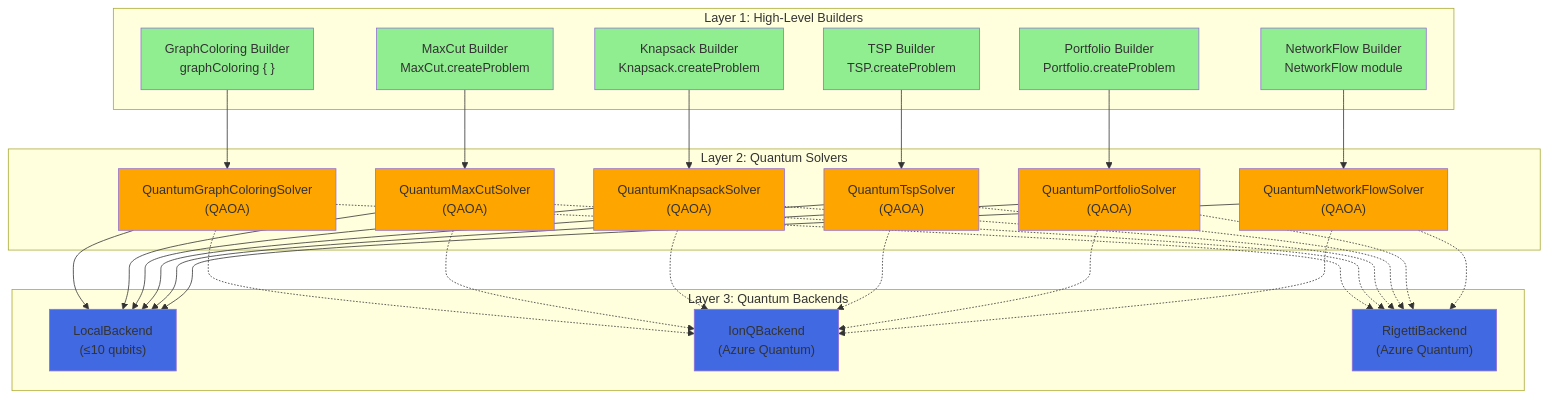
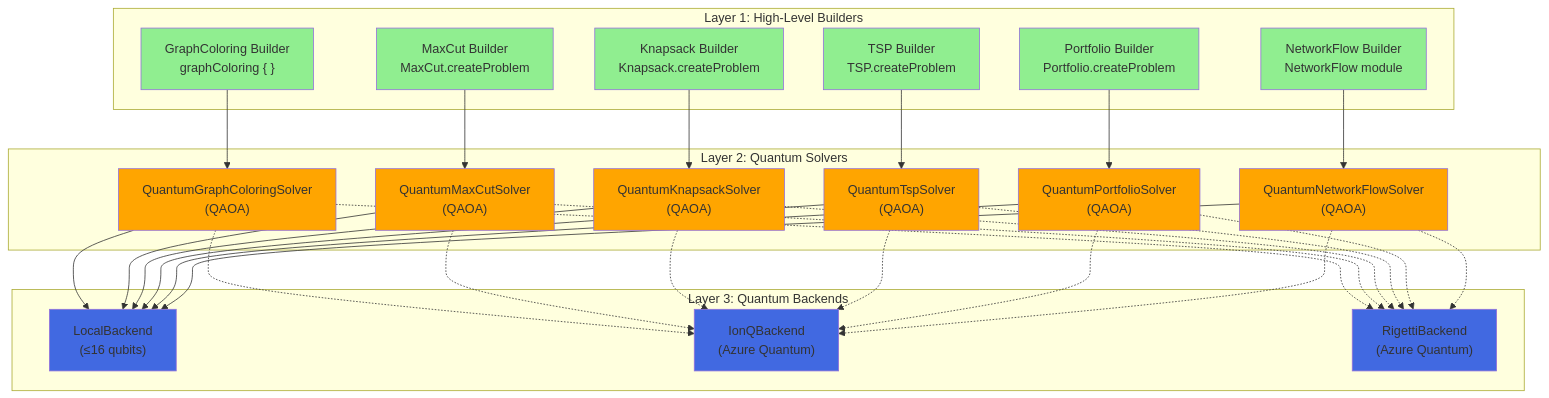
Before and after one commit to Thorium/FSharp.Azure.Quantum: the first of 2 diagrams in README.md, drawn with Mermaid. The commit also changed other lines of this file and 7 other files, not shown here.

Commit message:
Update documentation: LocalBackend supports 16 qubits (not 10)

````diff
--- a/README.md
+++ b/README.md
@@ -225,70 +225,70 @@
 ```mermaid
 graph TB
     subgraph "Layer 1: High-Level Builders"
         GC["GraphColoring Builder<br/>graphColoring { }"]
         MC["MaxCut Builder<br/>MaxCut.createProblem"]
         KS["Knapsack Builder<br/>Knapsack.createProblem"]
         TS["TSP Builder<br/>TSP.createProblem"]
         PO["Portfolio Builder<br/>Portfolio.createProblem"]
         NF["NetworkFlow Builder<br/>NetworkFlow module"]
     end
     
     subgraph "Layer 2: Quantum Solvers"
         QGC["QuantumGraphColoringSolver<br/>(QAOA)"]
         QMC["QuantumMaxCutSolver<br/>(QAOA)"]
         QKS["QuantumKnapsackSolver<br/>(QAOA)"]
         QTS["QuantumTspSolver<br/>(QAOA)"]
         QPO["QuantumPortfolioSolver<br/>(QAOA)"]
         QNF["QuantumNetworkFlowSolver<br/>(QAOA)"]
     end
     
     subgraph "Layer 3: Quantum Backends"
-        LOCAL["LocalBackend<br/>(≤10 qubits)"]
+        LOCAL["LocalBackend<br/>(≤16 qubits)"]
         IONQ["IonQBackend<br/>(Azure Quantum)"]
         RIGETTI["RigettiBackend<br/>(Azure Quantum)"]
     end
     
     GC --> QGC
     MC --> QMC
     KS --> QKS
     TS --> QTS
     PO --> QPO
     NF --> QNF
     
     QGC --> LOCAL
     QMC --> LOCAL
     QKS --> LOCAL
     QTS --> LOCAL
     QPO --> LOCAL
     QNF --> LOCAL
     
     QGC -.-> IONQ
     QMC -.-> IONQ
     QKS -.-> IONQ
     QTS -.-> IONQ
     QPO -.-> IONQ
     QNF -.-> IONQ
     
     QGC -.-> RIGETTI
     QMC -.-> RIGETTI
     QKS -.-> RIGETTI
     QTS -.-> RIGETTI
     QPO -.-> RIGETTI
     QNF -.-> RIGETTI
     
     style GC fill:#90EE90
     style MC fill:#90EE90
     style KS fill:#90EE90
     style TS fill:#90EE90
     style PO fill:#90EE90
     style NF fill:#90EE90
     style QGC fill:#FFA500
     style QMC fill:#FFA500
     style QKS fill:#FFA500
     style QTS fill:#FFA500
     style QPO fill:#FFA500
     style QNF fill:#FFA500
     style LOCAL fill:#4169E1
     style IONQ fill:#4169E1
     style RIGETTI fill:#4169E1
 ```
````
